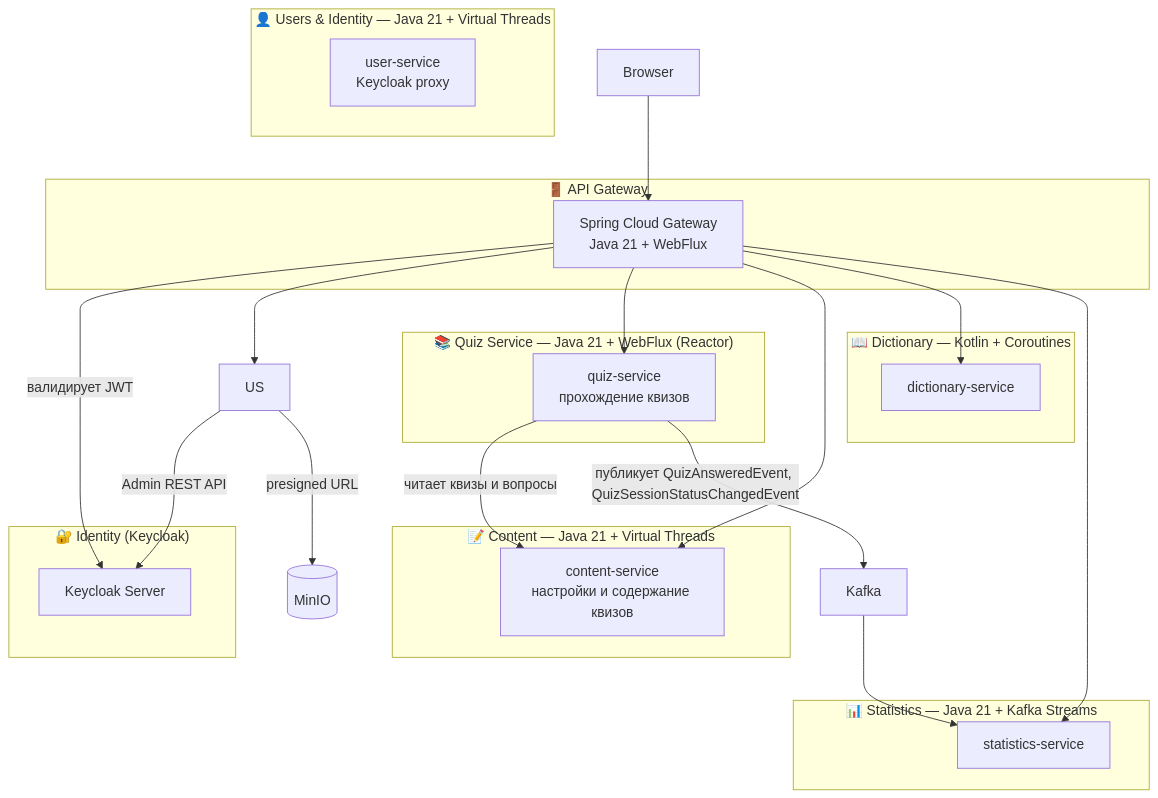
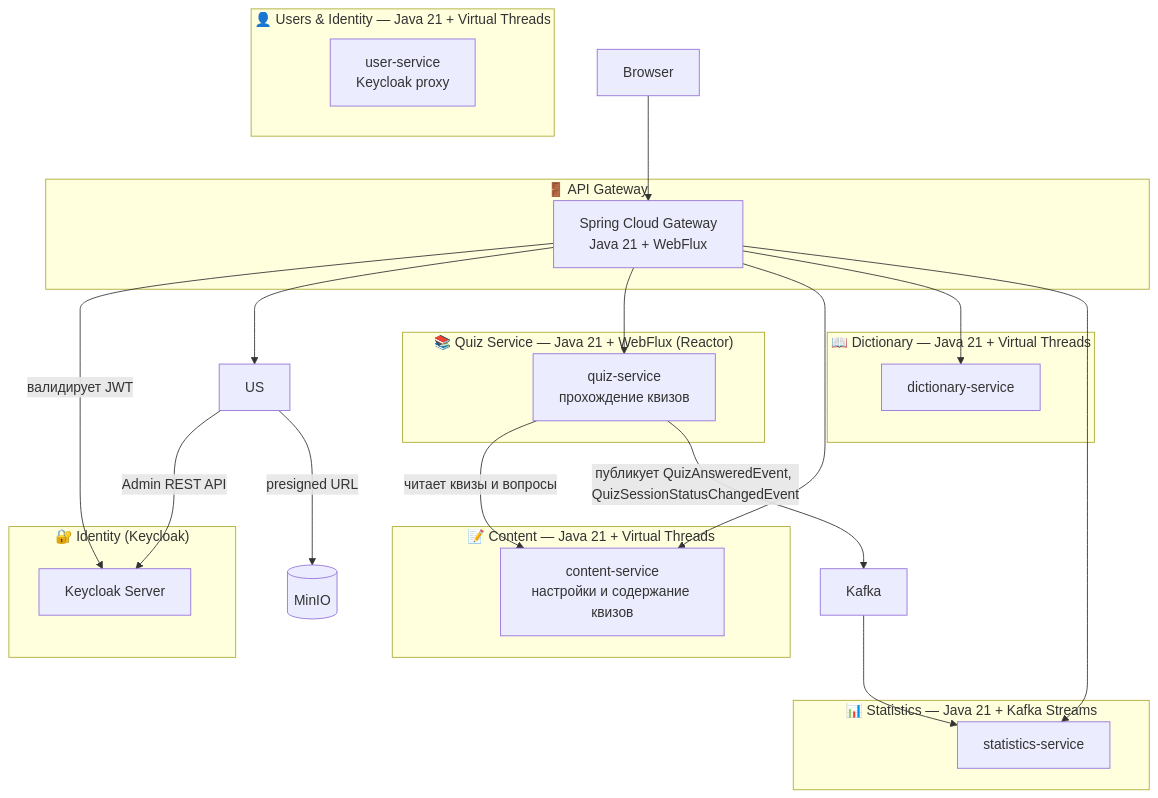
The diagram in docs/README.md (sergijm/samskrtam), drawn with Mermaid before and after one commit. The commit also changed other lines of this file and 67 other files, not shown here.

````diff
--- a/docs/README.md
+++ b/docs/README.md
@@ -62,43 +62,43 @@
 ```mermaid
 graph TD
   subgraph Identity ["🔐 Identity (Keycloak)"]
     KC[Keycloak Server]
   end
 
   subgraph Gateway ["🚪 API Gateway"]
     GW[Spring Cloud Gateway\nJava 21 + WebFlux]
   end
 
   subgraph IdentityUsers ["👤 Users & Identity — Java 21 + Virtual Threads"]
     AS[user-service\nKeycloak proxy]
   end
 
   subgraph Content ["📝 Content — Java 21 + Virtual Threads"]
     CS[content-service\nнастройки и содержание квизов]
   end
 
   subgraph Quiz ["📚 Quiz Service — Java 21 + WebFlux (Reactor)"]
     QS[quiz-service\nпрохождение квизов]
   end
 
-  subgraph Dictionary ["📖 Dictionary — Kotlin + Coroutines"]
+  subgraph Dictionary ["📖 Dictionary — Java 21 + Virtual Threads"]
     DS[dictionary-service]
   end
 
   subgraph Stats ["📊 Statistics — Java 21 + Kafka Streams"]
     ST[statistics-service]
   end
 
   Browser --> GW
   GW -->|валидирует JWT| KC
   GW --> US
   US -->|Admin REST API| KC
   US -->|presigned URL| MinIO[(MinIO)]
   GW --> QS
   GW --> CS
   GW --> DS
   GW --> ST
   QS -->|читает квизы и вопросы| CS
   QS -->|публикует QuizAnsweredEvent, QuizSessionStatusChangedEvent| Kafka
   Kafka --> ST
 ```
````
